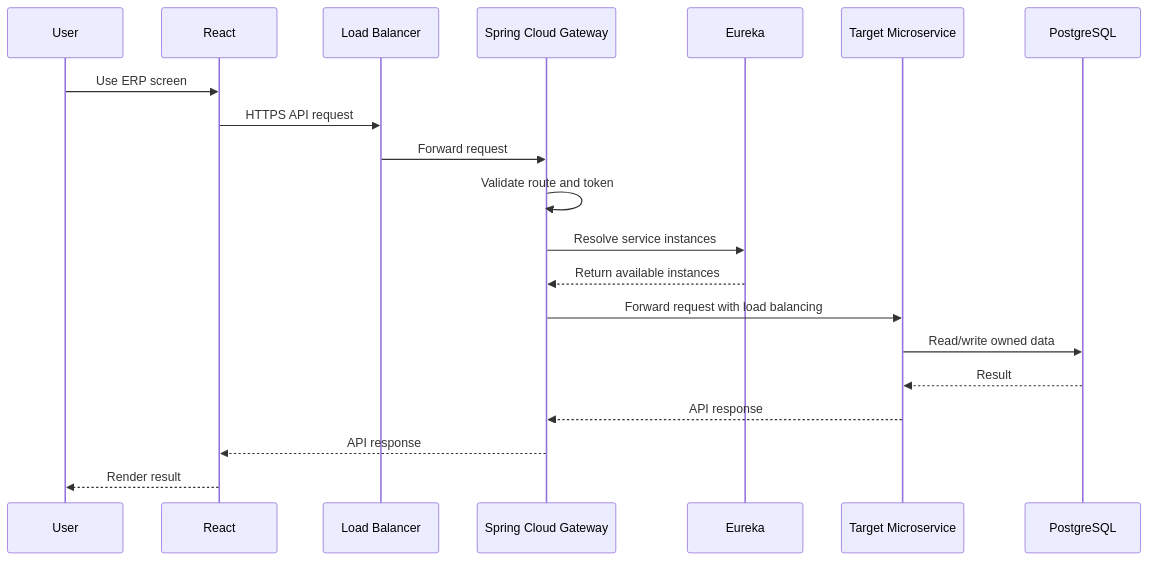
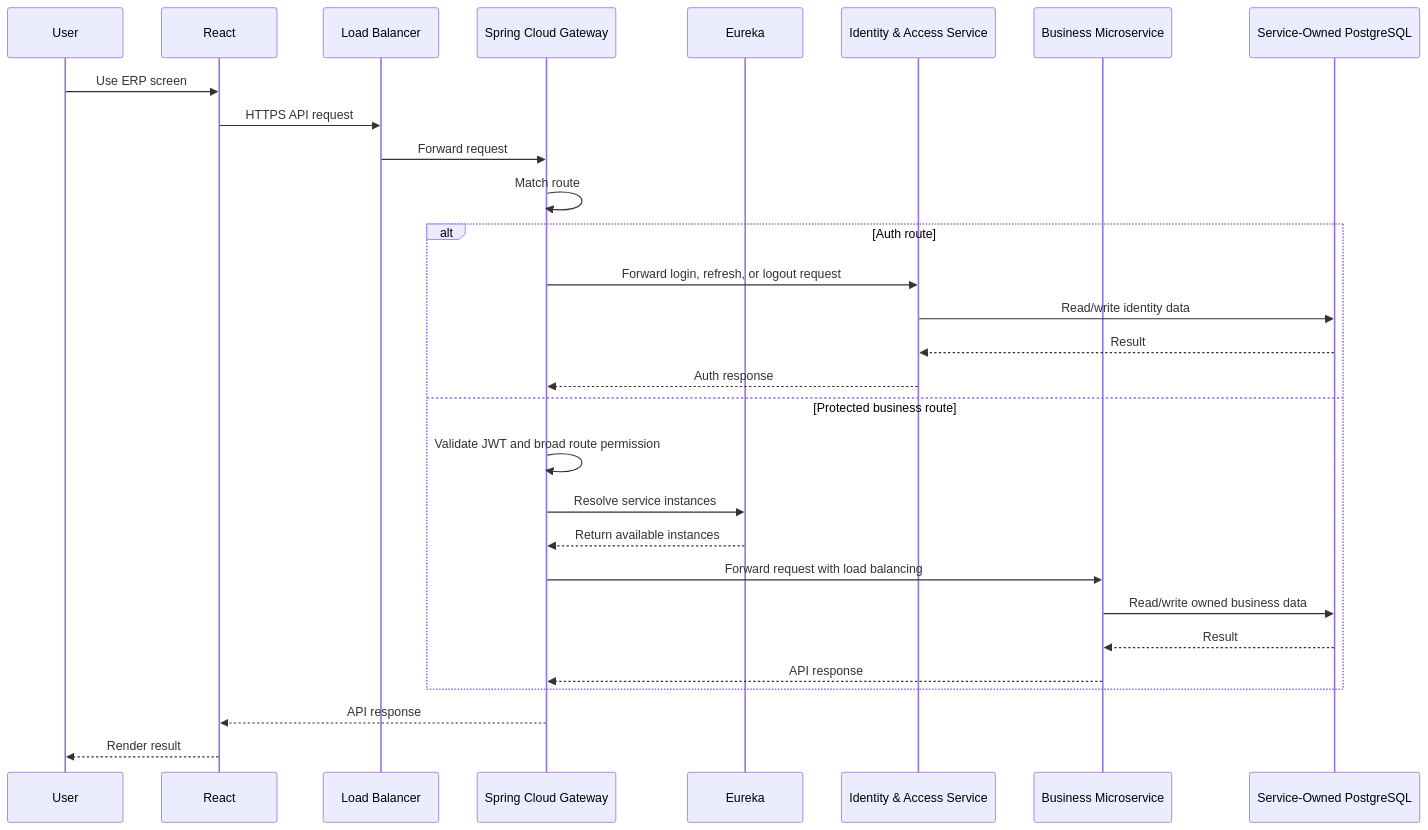
Before and after one commit to habibur-rahman-swe/rice-mill-erp: the third of 7 diagrams in high-level-architecture.md, drawn with Mermaid. The commit also changed other lines of this file, not shown here.

Commit message:
hight level architecture update

````diff
--- a/high-level-architecture.md
+++ b/high-level-architecture.md
@@ -178,23 +292,32 @@
 ```mermaid
 sequenceDiagram
     participant User
     participant React
     participant LB as Load Balancer
     participant Gateway as Spring Cloud Gateway
     participant Eureka
-    participant Service as Target Microservice
-    participant DB as PostgreSQL
+    participant Identity as Identity & Access Service
+    participant Service as Business Microservice
+    participant DB as Service-Owned PostgreSQL
 
     User->>React: Use ERP screen
     React->>LB: HTTPS API request
     LB->>Gateway: Forward request
-    Gateway->>Gateway: Validate route and token
-    Gateway->>Eureka: Resolve service instances
-    Eureka-->>Gateway: Return available instances
-    Gateway->>Service: Forward request with load balancing
-    Service->>DB: Read/write owned data
-    DB-->>Service: Result
-    Service-->>Gateway: API response
+    Gateway->>Gateway: Match route
+    alt Auth route
+        Gateway->>Identity: Forward login, refresh, or logout request
+        Identity->>DB: Read/write identity data
+        DB-->>Identity: Result
+        Identity-->>Gateway: Auth response
+    else Protected business route
+        Gateway->>Gateway: Validate JWT and broad route permission
+        Gateway->>Eureka: Resolve service instances
+        Eureka-->>Gateway: Return available instances
+        Gateway->>Service: Forward request with load balancing
+        Service->>DB: Read/write owned business data
+        DB-->>Service: Result
+        Service-->>Gateway: API response
+    end
     Gateway-->>React: API response
     React-->>User: Render result
 ```
````
